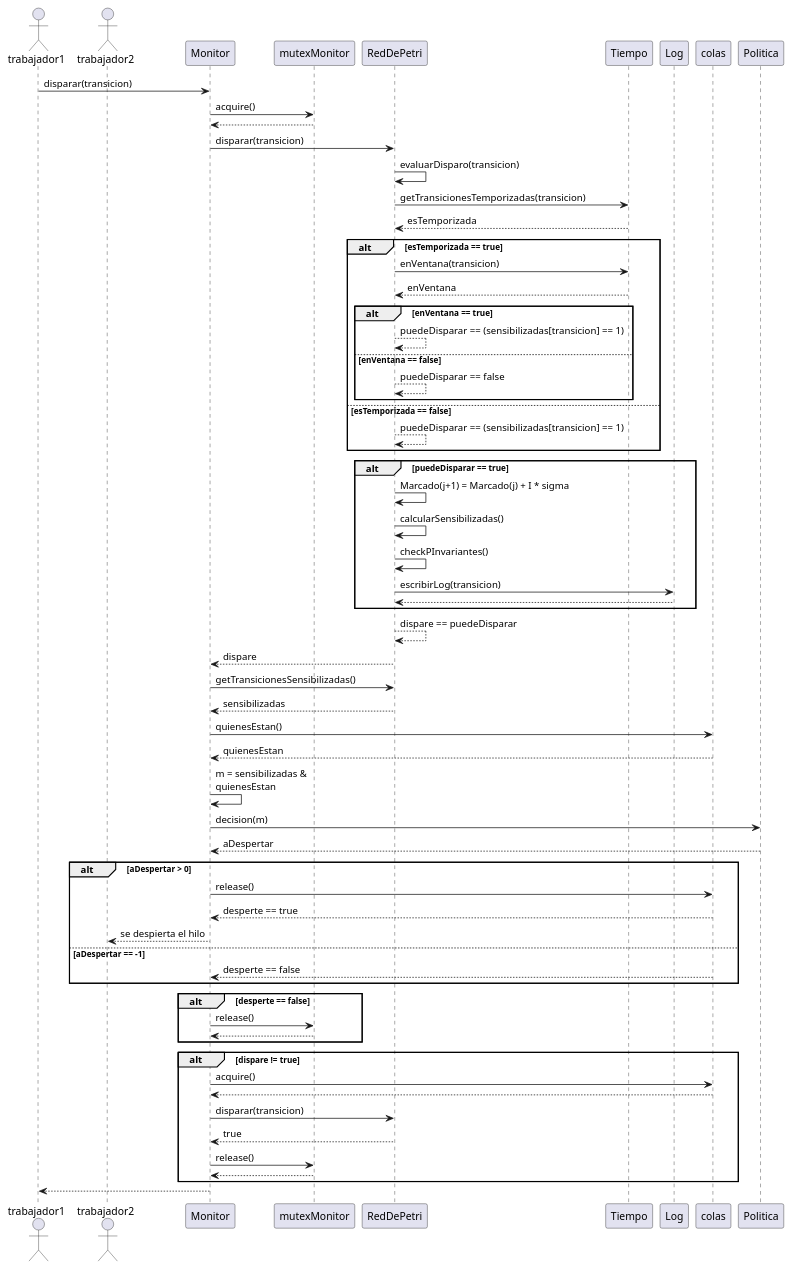
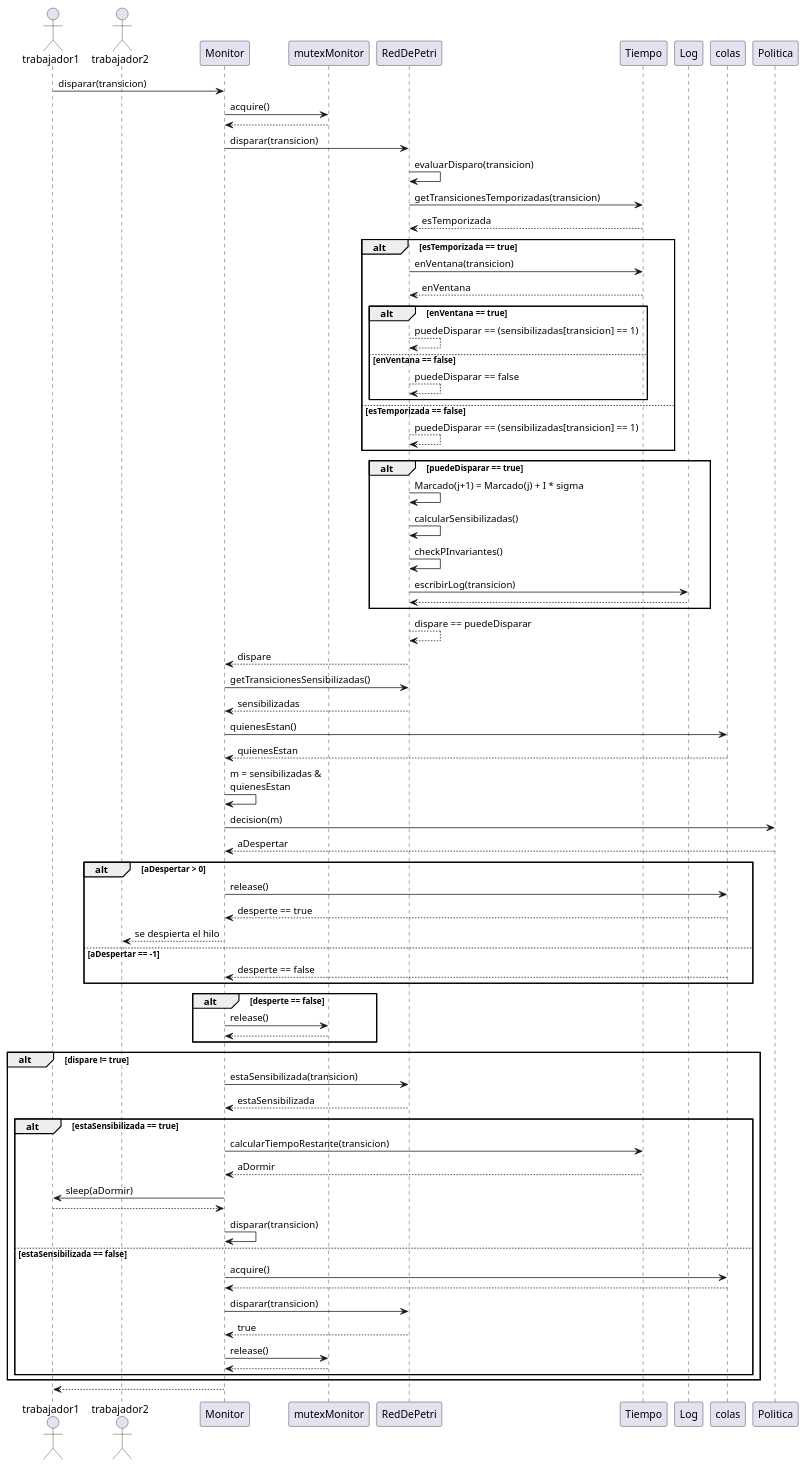
One commit to frandaniele/TP_Concurrente changed the diagram in doc/diagramas/secuencia.puml. Above: the diagram before and after it, drawn with PlantUML. The commit also changed 2 other files, not shown here.

Commit message:
doc: update diagrams + comments in code

```diff
--- a/doc/diagramas/secuencia.puml
+++ b/doc/diagramas/secuencia.puml
@@ -1,79 +1,89 @@
 @startuml secuencia
 
 actor trabajador1 
 actor trabajador2 
 
 trabajador1 -> Monitor: disparar(transicion)
 
 Monitor -> mutexMonitor: acquire()
 mutexMonitor --> Monitor
 
 Monitor -> RedDePetri: disparar(transicion)
 
 RedDePetri -> RedDePetri: evaluarDisparo(transicion)
 
 RedDePetri -> Tiempo: getTransicionesTemporizadas(transicion)
 Tiempo --> RedDePetri: esTemporizada
 
 alt esTemporizada == true
     RedDePetri -> Tiempo: enVentana(transicion)
     Tiempo --> RedDePetri: enVentana
 
     alt enVentana == true
         RedDePetri --> RedDePetri: puedeDisparar == (sensibilizadas[transicion] == 1)
     else enVentana == false
         RedDePetri --> RedDePetri: puedeDisparar == false
     end
 else esTemporizada == false
     RedDePetri --> RedDePetri: puedeDisparar == (sensibilizadas[transicion] == 1)
 end
 
 alt puedeDisparar == true
     RedDePetri -> RedDePetri: Marcado(j+1) = Marcado(j) + I * sigma
     RedDePetri -> RedDePetri: calcularSensibilizadas()
     RedDePetri -> RedDePetri: checkPInvariantes()
 
     RedDePetri -> Log: escribirLog(transicion)
     Log --> RedDePetri
 end
 
 RedDePetri --> RedDePetri: dispare == puedeDisparar
 
 RedDePetri --> Monitor: dispare
 
 Monitor -> RedDePetri: getTransicionesSensibilizadas()
 RedDePetri --> Monitor: sensibilizadas
 
 Monitor -> colas: quienesEstan()
 colas --> Monitor: quienesEstan
 
 Monitor -> Monitor: m = sensibilizadas & \nquienesEstan
 
 Monitor -> Politica: decision(m)
 Politica --> Monitor: aDespertar
 
 alt aDespertar > 0
     Monitor -> colas: release()
     colas --> Monitor: desperte == true
     Monitor --> trabajador2: se despierta el hilo
 else aDespertar == -1
     colas --> Monitor: desperte == false
 end
 
 alt desperte == false
 Monitor -> mutexMonitor: release()
 mutexMonitor --> Monitor
 end
 
 alt dispare != true
-    Monitor -> colas: acquire()
-    colas --> Monitor
-    Monitor -> RedDePetri: disparar(transicion)
-    RedDePetri --> Monitor: true
-    Monitor -> mutexMonitor: release()
-    mutexMonitor --> Monitor
+    Monitor -> RedDePetri: estaSensibilizada(transicion)
+    RedDePetri --> Monitor: estaSensibilizada
+    alt estaSensibilizada == true
+        Monitor -> Tiempo: calcularTiempoRestante(transicion)
+        Tiempo --> Monitor: aDormir
+        Monitor -> trabajador1: sleep(aDormir)
+        trabajador1 --> Monitor
+        Monitor -> Monitor: disparar(transicion)
+    else estaSensibilizada == false
+        Monitor -> colas: acquire()
+        colas --> Monitor
+        Monitor -> RedDePetri: disparar(transicion)
+        RedDePetri --> Monitor: true
+        Monitor -> mutexMonitor: release()
+        mutexMonitor --> Monitor
+    end
 end
 
 Monitor --> trabajador1
 
 @enduml
```
